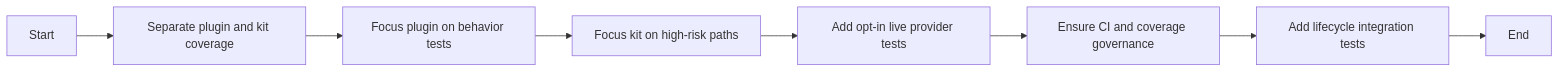
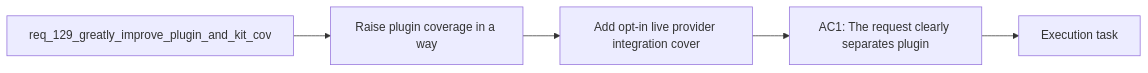
Before and after one commit to AlexAgo83/logics-manager: the diagram in logics/backlog/item_243_add_opt_in_live_provider_integration_coverage_for_configured_healthy_backends.md, drawn with Mermaid. The commit also changed 481 other files, not shown here.

````diff
--- a/logics/backlog/item_243_add_opt_in_live_provider_integration_coverage_for_configured_healthy_backends.md
+++ b/logics/backlog/item_243_add_opt_in_live_provider_integration_coverage_for_configured_healthy_backends.md
@@ -24,12 +24,9 @@
 ```mermaid
 %% logics-kind: backlog
 %% logics-signature: backlog|add-opt-in-live-provider-integration-cov|req-129-greatly-improve-plugin-and-kit-c|raise-plugin-coverage-in-a-way|ac1-the-request-clearly-separates-plugin
 flowchart LR
-    A[Start] --> B[Separate plugin and kit coverage]
-    B --> C[Focus plugin on behavior tests]
-    C --> D[Focus kit on high-risk paths]
-    D --> E[Add opt-in live provider tests]
-    E --> F[Ensure CI and coverage governance]
-    F --> G[Add lifecycle integration tests]
-    G --> H[End]
+    Request[req_129_greatly_improve_plugin_and_kit_cov] --> Problem[Raise plugin coverage in a way]
+    Problem --> Scope[Add opt-in live provider integration cover]
+    Scope --> Acceptance[AC1: The request clearly separates plugin]
+    Acceptance --> Tasks[Execution task]
 ```
````
